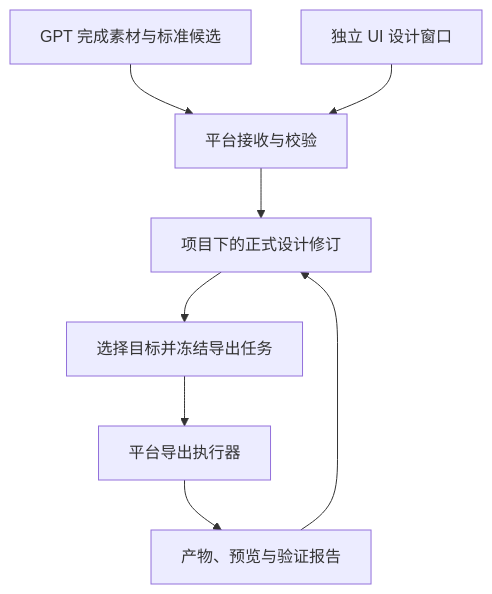
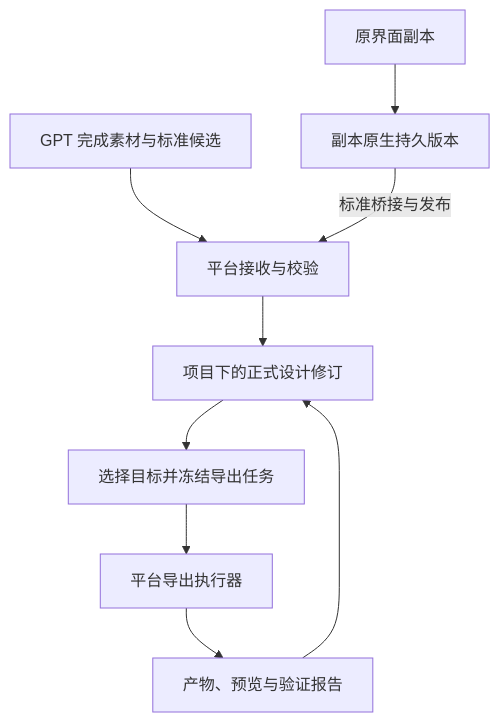
Before and after one commit to bambom/codex-with-chatgpt: the diagram in docs/ui-design-platform-integration.zh-CN.md, drawn with Mermaid. The commit also changed other lines of this file and 7 other files, not shown here.

Commit message:
docs: define copied editor and server architecture

````diff
--- a/docs/ui-design-platform-integration.zh-CN.md
+++ b/docs/ui-design-platform-integration.zh-CN.md
@@ -416,10 +326,11 @@
 ```mermaid
 flowchart TB
     GPT["GPT 完成素材与标准候选"] --> Intake["平台接收与校验"]
-    Editor["独立 UI 设计窗口"] --> Intake
+    Editor["原界面副本"] --> Native["副本原生持久版本"]
+    Native -->|"标准桥接与发布"| Intake
     Intake --> Revision["项目下的正式设计修订"]
     Revision --> Job["选择目标并冻结导出任务"]
     Job --> Worker["平台导出执行器"]
     Worker --> Result["产物、预览与验证报告"]
     Result --> Revision
 ```
````
